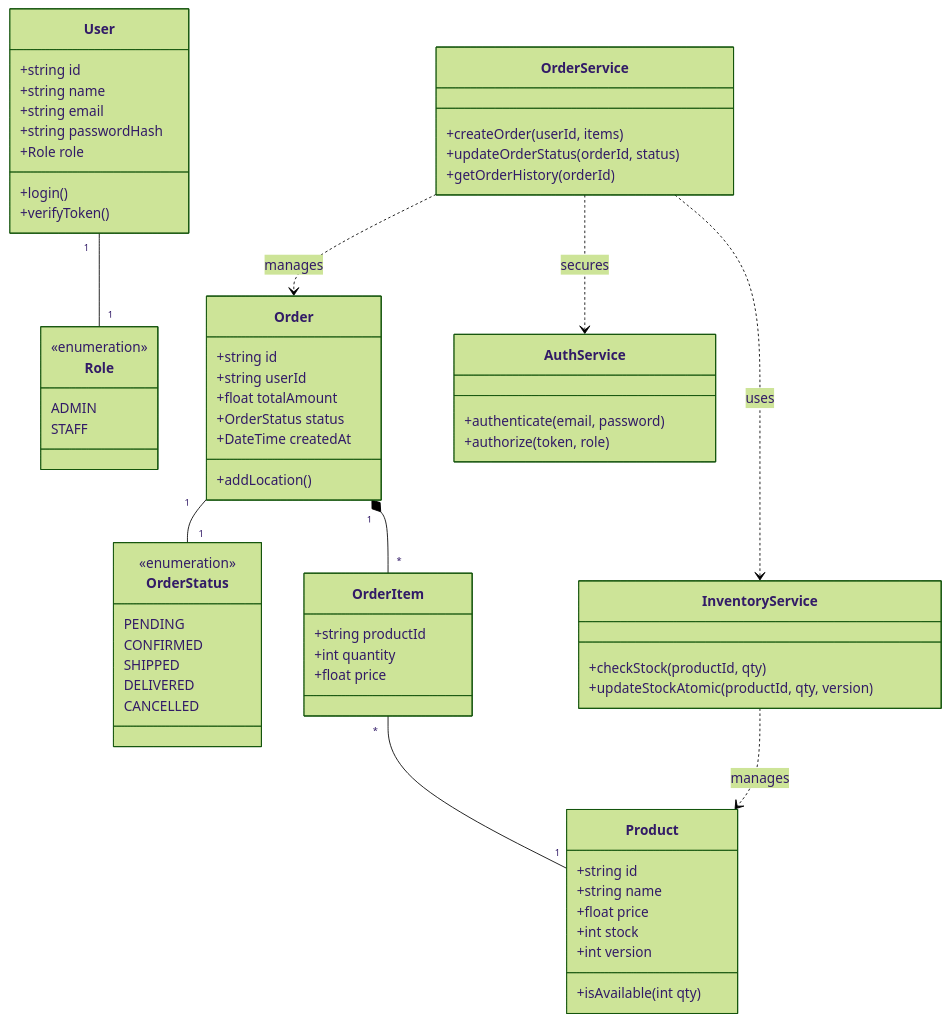
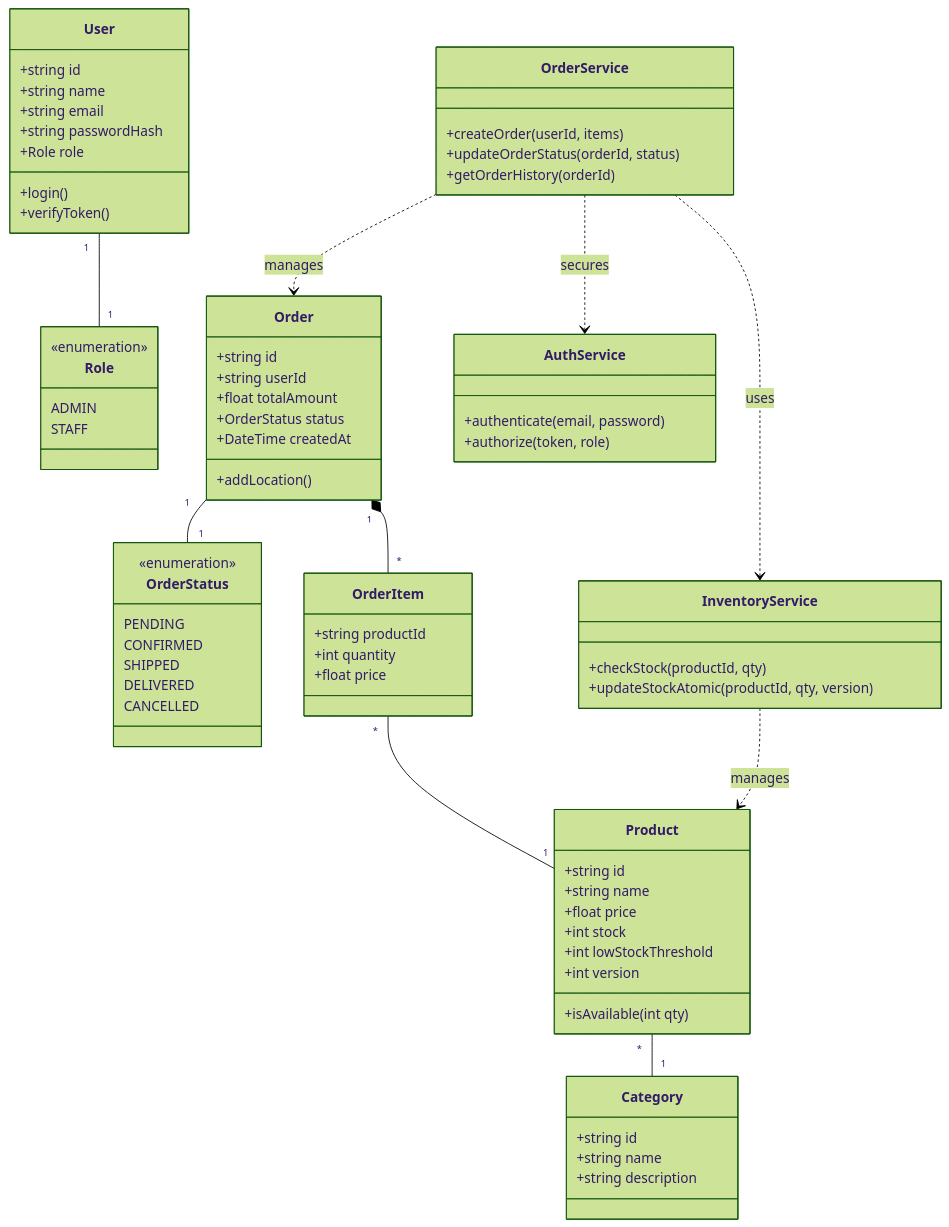
The diagram in class_diagram.md (Hariksh/SESD_PROJECT), drawn with Mermaid (forest theme) before and after one commit. The commit also changed 2 other files, not shown here.

Commit message:
idea.md setup

```diff
--- a/class_diagram.md
+++ b/class_diagram.md
@@ -22,9 +22,18 @@
     +string name
     +float price
     +int stock
+    +int lowStockThreshold
     +int version
     +isAvailable(int qty)
 }
+
+class Category {
+    +string id
+    +string name
+    +string description
+}
+
+Product "*" -- "1" Category
 
 class Order {
     +string id
```
